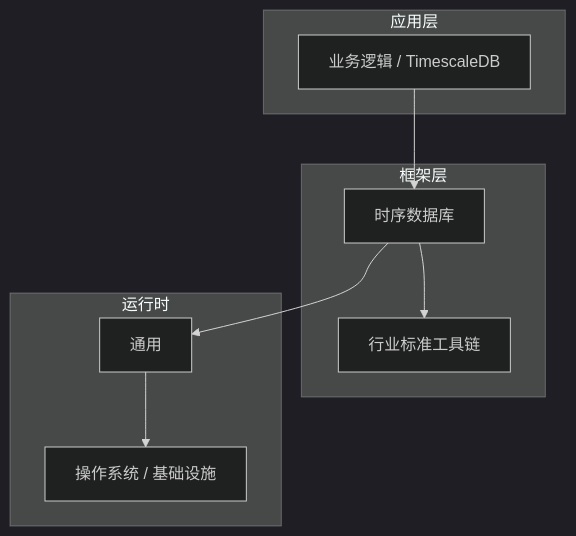
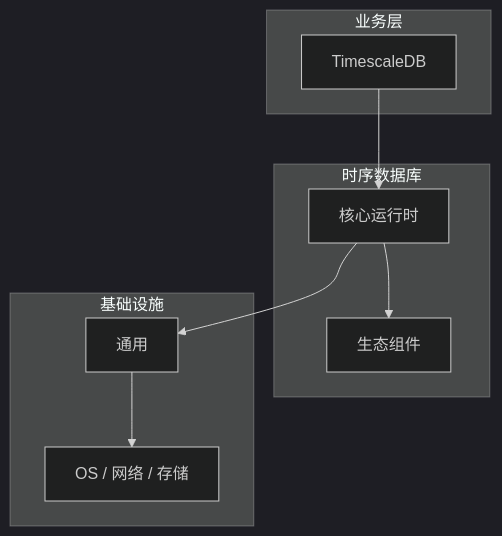
The diagram in articles/时序数据库/chapters/019-TimescaleDB核心概念与原理.md (yanggan2015/knowledge-json-v2), drawn with Mermaid (dark theme) before and after one commit. The commit also changed other lines of this file and 10127 other files, not shown here.

````diff
--- a/articles/时序数据库/chapters/019-TimescaleDB核心概念与原理.md
+++ b/articles/时序数据库/chapters/019-TimescaleDB核心概念与原理.md
@@ -45,18 +34,18 @@
 ```mermaid
 graph TB
-    subgraph 应用层
-        A[业务逻辑 / TimescaleDB]
+    subgraph 业务层
+        A[TimescaleDB]
     end
-    subgraph 框架层
-        B[时序数据库]
-        C[行业标准工具链]
+    subgraph 时序数据库
+        B[核心运行时]
+        C[生态组件]
     end
-    subgraph 运行时
+    subgraph 基础设施
         D[通用]
-        E[操作系统 / 基础设施]
+        E[OS / 网络 / 存储]
     end
     A --> B
     B --> C
     B --> D
     D --> E
 ```
````
